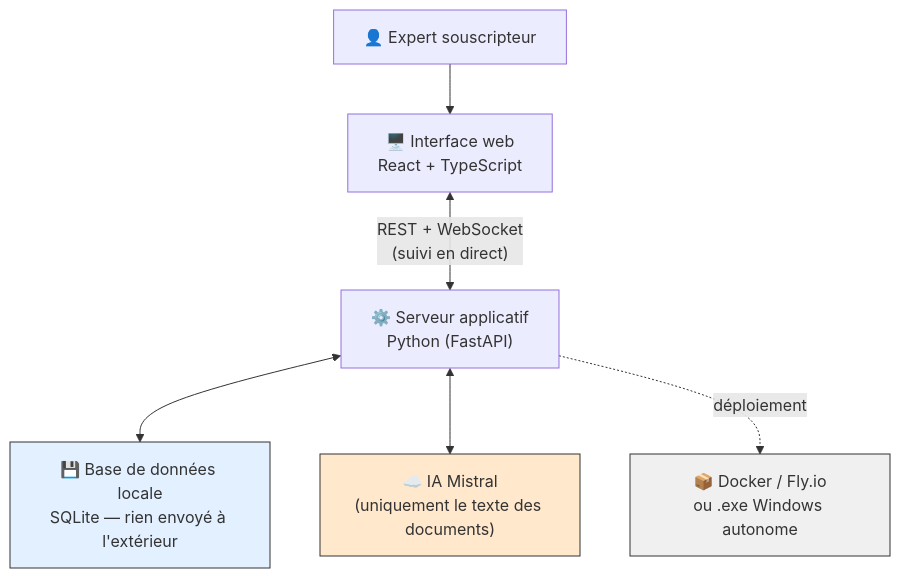
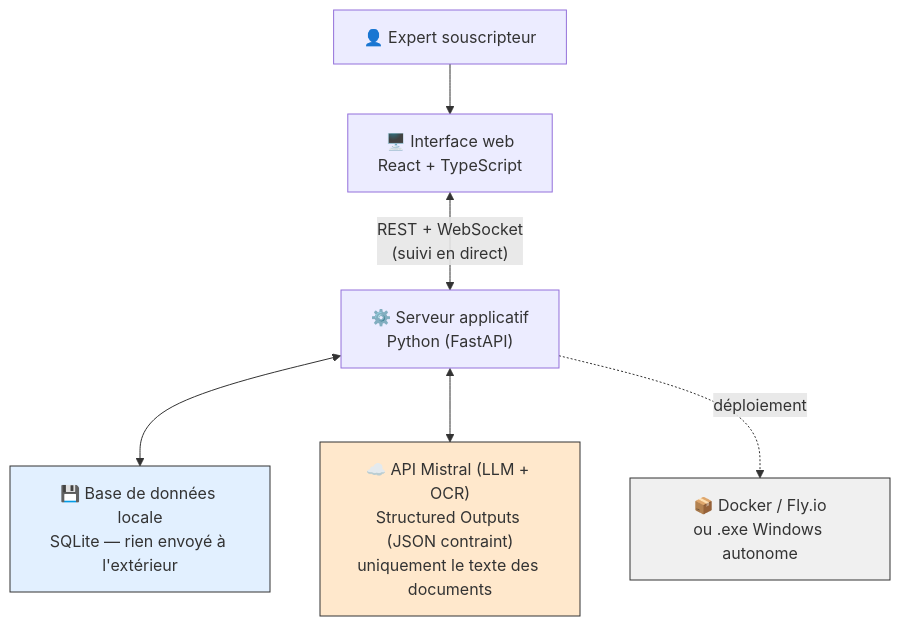
One commit to louisclzzzzzzz/AOP-app-v2 changed the second of 10 diagrams in docs/presentation/01_DIAGRAMMES_MERMAID.md. Above: the diagram before and after it, drawn with Mermaid. The commit also changed other lines of this file, not shown here.

First line of the commit message:
Rend les diagrammes Mermaid un peu plus techniques

````diff
--- a/docs/presentation/01_DIAGRAMMES_MERMAID.md
+++ b/docs/presentation/01_DIAGRAMMES_MERMAID.md
@@ -39,12 +42,12 @@
 ```mermaid
 flowchart TD
     U["👤 Expert souscripteur"] --> WEB["🖥️ Interface web<br/>React + TypeScript"]
     WEB <-->|"REST + WebSocket<br/>(suivi en direct)"| SRV["⚙️ Serveur applicatif<br/>Python (FastAPI)"]
     SRV <--> DB["💾 Base de données locale<br/>SQLite — rien envoyé à l'extérieur"]
-    SRV <--> IA["☁️ IA Mistral<br/>(uniquement le texte des documents)"]
+    SRV <--> IA["☁️ API Mistral (LLM + OCR)<br/>Structured Outputs (JSON contraint)<br/>uniquement le texte des documents"]
     SRV -.déploiement.-> DEPLOY["📦 Docker / Fly.io<br/>ou .exe Windows autonome"]
 
     style IA fill:#ffe8cc,stroke:#333
     style DB fill:#e2f0ff,stroke:#333
     style DEPLOY fill:#f0f0f0,stroke:#333
 ```
````
